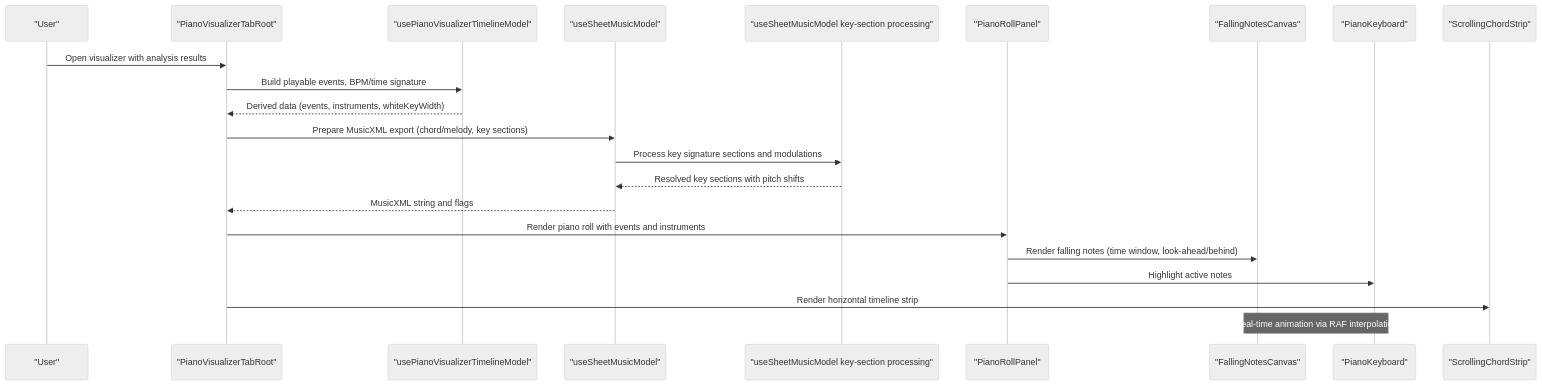
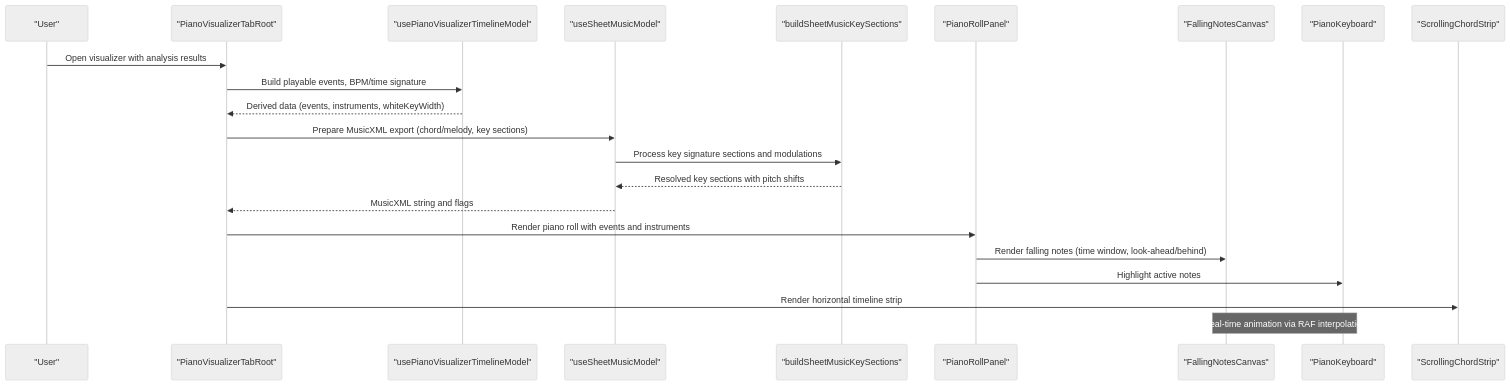
The second of 4 diagrams in .qoder/repowiki/en/content/Frontend Application/Component Library and UI System/Piano Visualizer Components.md (ptnghia-j/ChordMiniApp), drawn with Mermaid (neutral theme) before and after one commit. The commit also changed other lines of this file and 9 other files, not shown here.

````diff
--- a/.qoder/repowiki/en/content/Frontend Application/Component Library and UI System/Piano Visualizer Components.md
+++ b/.qoder/repowiki/en/content/Frontend Application/Component Library and UI System/Piano Visualizer Components.md
@@ -115,24 +118,24 @@
 ```mermaid
 sequenceDiagram
 participant User as "User"
 participant Tab as "PianoVisualizerTabRoot"
 participant Timeline as "usePianoVisualizerTimelineModel"
 participant Sheet as "useSheetMusicModel"
-participant KeyUtil as "useSheetMusicModel key-section processing"
+participant KeyUtil as "buildSheetMusicKeySections"
 participant Panel as "PianoRollPanel"
 participant Canvas as "FallingNotesCanvas"
 participant Keyboard as "PianoKeyboard"
 participant Strip as "ScrollingChordStrip"
 User->>Tab : Open visualizer with analysis results
 Tab->>Timeline : Build playable events, BPM/time signature
 Timeline-->>Tab : Derived data (events, instruments, whiteKeyWidth)
 Tab->>Sheet : Prepare MusicXML export (chord/melody, key sections)
 Sheet->>KeyUtil : Process key signature sections and modulations
 KeyUtil-->>Sheet : Resolved key sections with pitch shifts
 Sheet-->>Tab : MusicXML string and flags
 Tab->>Panel : Render piano roll with events and instruments
 Panel->>Canvas : Render falling notes (time window, look-ahead/behind)
 Panel->>Keyboard : Highlight active notes
 Tab->>Strip : Render horizontal timeline strip
 Note over Canvas,Keyboard : Real-time animation via RAF interpolation
 ```
````
